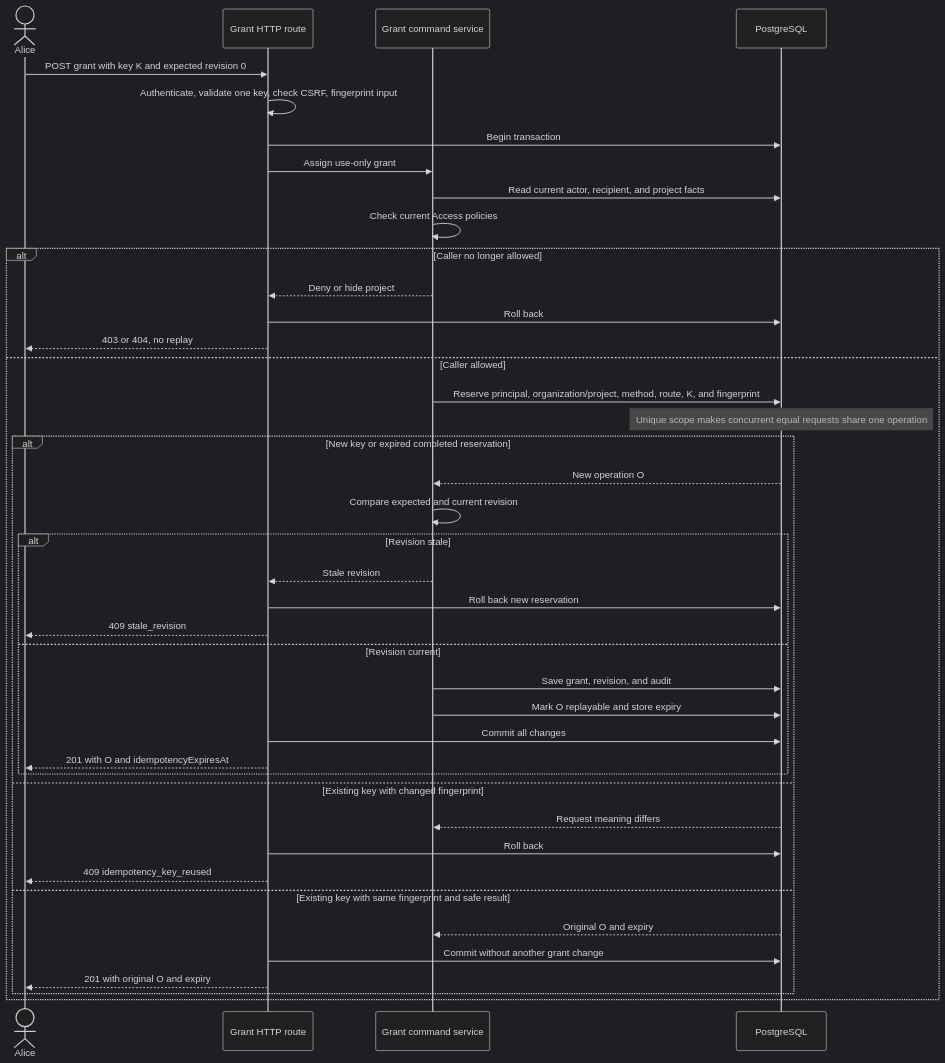
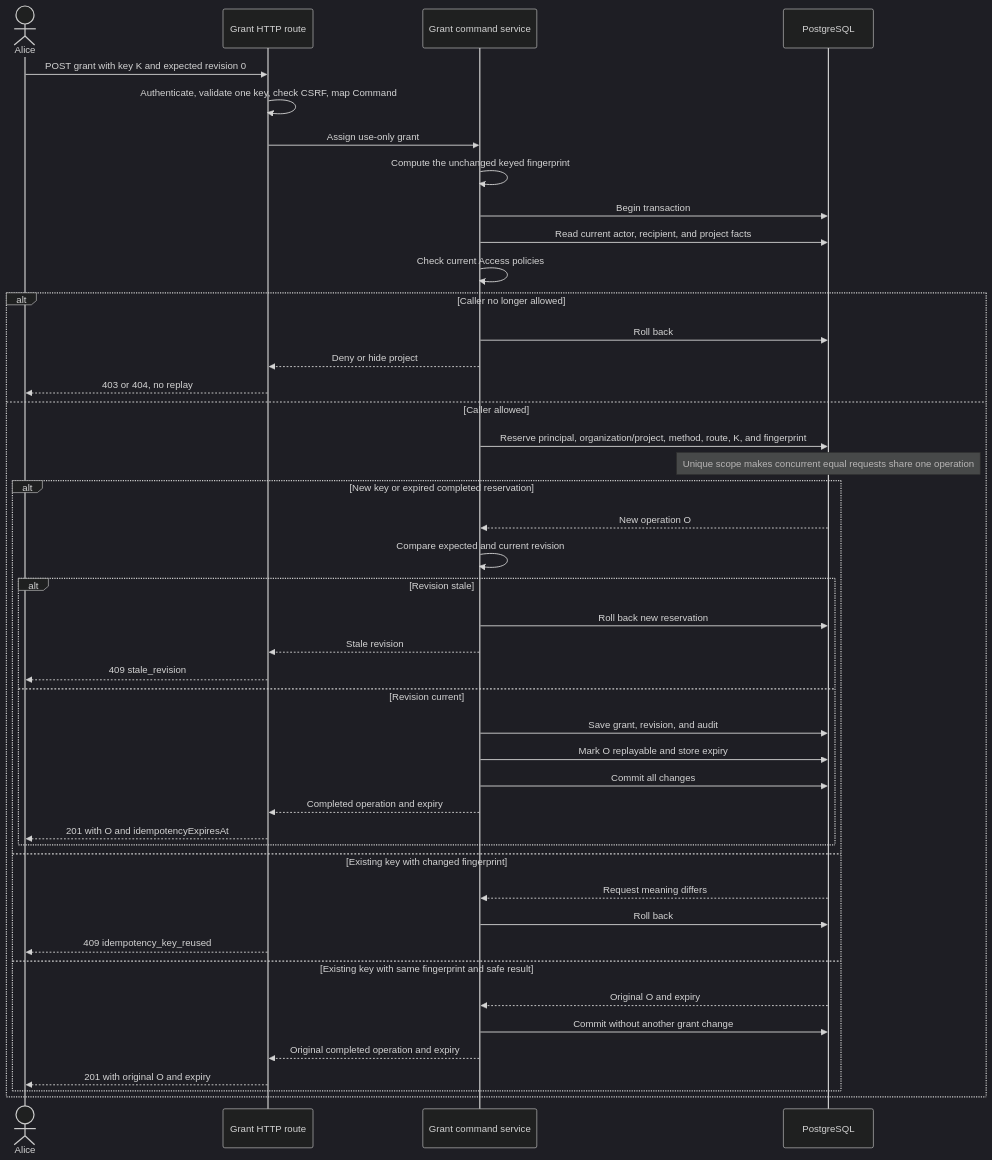
The second of 2 diagrams in docs/development/jobs-and-idempotency.md (matejpalenik/inframeld), drawn with Mermaid (dark theme) before and after one commit. The commit also changed other lines of this file and 83 other files, not shown here.

````diff
--- a/docs/development/jobs-and-idempotency.md
+++ b/docs/development/jobs-and-idempotency.md
@@ -185,44 +185,47 @@
 ```mermaid
 sequenceDiagram
     actor Alice
     participant HTTP as Grant HTTP route
     participant Service as Grant command service
     participant DB as PostgreSQL
 
     Alice->>HTTP: POST grant with key K and expected revision 0
-    HTTP->>HTTP: Authenticate, validate one key, check CSRF, fingerprint input
-    HTTP->>DB: Begin transaction
+    HTTP->>HTTP: Authenticate, validate one key, check CSRF, map Command
     HTTP->>Service: Assign use-only grant
+    Service->>Service: Compute the unchanged keyed fingerprint
+    Service->>DB: Begin transaction
     Service->>DB: Read current actor, recipient, and project facts
     Service->>Service: Check current Access policies
     alt Caller no longer allowed
+        Service->>DB: Roll back
         Service-->>HTTP: Deny or hide project
-        HTTP->>DB: Roll back
         HTTP-->>Alice: 403 or 404, no replay
     else Caller allowed
         Service->>DB: Reserve principal, organization/project, method, route, K, and fingerprint
         Note over DB: Unique scope makes concurrent equal requests share one operation
         alt New key or expired completed reservation
             DB-->>Service: New operation O
             Service->>Service: Compare expected and current revision
             alt Revision stale
+                Service->>DB: Roll back new reservation
                 Service-->>HTTP: Stale revision
-                HTTP->>DB: Roll back new reservation
                 HTTP-->>Alice: 409 stale_revision
             else Revision current
                 Service->>DB: Save grant, revision, and audit
                 Service->>DB: Mark O replayable and store expiry
-                HTTP->>DB: Commit all changes
+                Service->>DB: Commit all changes
+                Service-->>HTTP: Completed operation and expiry
                 HTTP-->>Alice: 201 with O and idempotencyExpiresAt
             end
         else Existing key with changed fingerprint
             DB-->>Service: Request meaning differs
-            HTTP->>DB: Roll back
+            Service->>DB: Roll back
             HTTP-->>Alice: 409 idempotency_key_reused
         else Existing key with same fingerprint and safe result
             DB-->>Service: Original O and expiry
-            HTTP->>DB: Commit without another grant change
+            Service->>DB: Commit without another grant change
+            Service-->>HTTP: Original completed operation and expiry
             HTTP-->>Alice: 201 with original O and expiry
         end
     end
 ```
````
